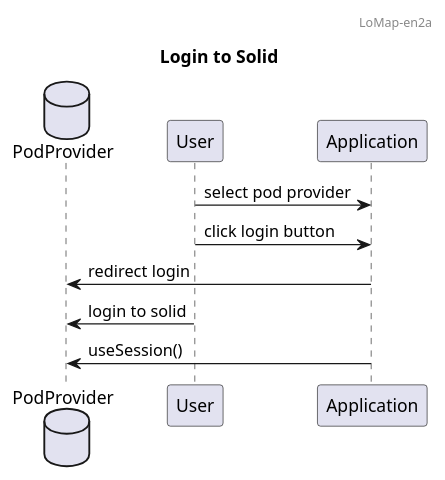
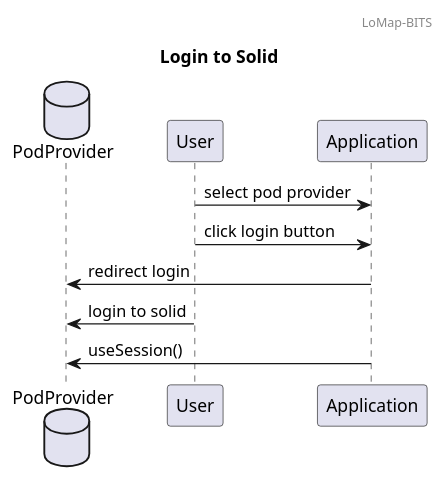
Before and after one commit to andrrsin/lomap_2.0: the first of 3 diagrams in docs/06_runtime_view.adoc, drawn with PlantUML. The commit also changed other lines of this file and 26 other files, not shown here.

```diff
--- a/docs/06_runtime_view.adoc
+++ b/docs/06_runtime_view.adoc
@@ -7,18 +7,18 @@
 [plantuml,"Login to Solid",png]
 ----
 @startuml
-header LoMap-en2a
+header LoMap-BITS
 
 title Login to Solid
 
 database PodProvider
 
 User -> Application: select pod provider
 User -> Application: click login button
 Application-> PodProvider: redirect login
 User -> PodProvider: login to solid
 Application -> PodProvider: useSession()
 
 
 @enduml
 ----
```
